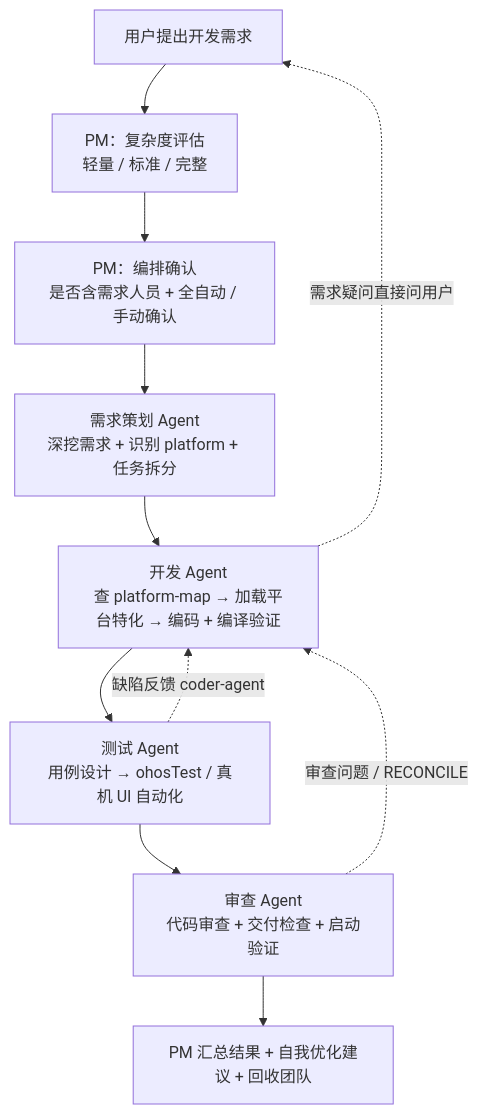
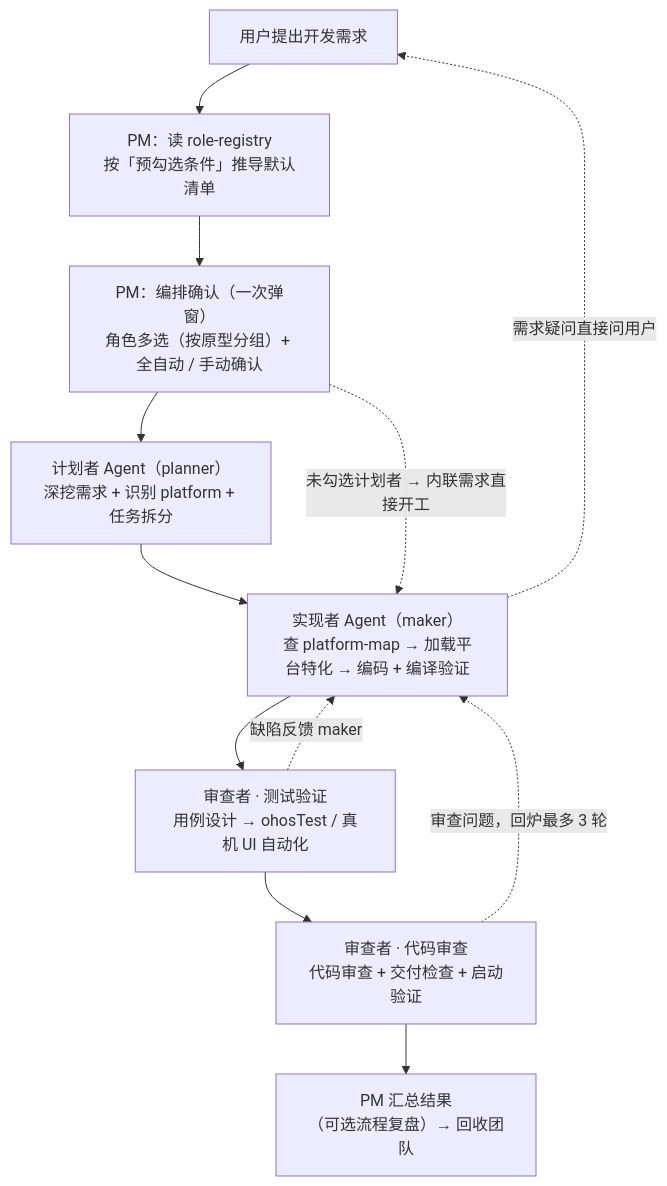
One commit to pen-ll/ai-team changed the fourth of 5 diagrams in README.md. Above: the diagram before and after it, drawn with Mermaid. The commit also changed other lines of this file and 70 other files, not shown here.

````diff
--- a/README.md
+++ b/README.md
@@ -186,14 +215,15 @@
 ```mermaid
 flowchart TD
-    A["用户提出开发需求"] --> B["PM：复杂度评估<br/>轻量 / 标准 / 完整"]
-    B --> C["PM：编排确认<br/>是否含需求人员 + 全自动 / 手动确认"]
-    C --> D["需求策划 Agent<br/>深挖需求 + 识别 platform + 任务拆分"]
-    D --> E["开发 Agent<br/>查 platform-map → 加载平台特化 → 编码 + 编译验证"]
-    E --> F["测试 Agent<br/>用例设计 → ohosTest / 真机 UI 自动化"]
-    F --> G["审查 Agent<br/>代码审查 + 交付检查 + 启动验证"]
-    G --> H["PM 汇总结果 + 自我优化建议 + 回收团队"]
+    A["用户提出开发需求"] --> B["PM：读 role-registry<br/>按「预勾选条件」推导默认清单"]
+    B --> C["PM：编排确认（一次弹窗）<br/>角色多选（按原型分组）+ 全自动 / 手动确认"]
+    C --> D["计划者 Agent（planner）<br/>深挖需求 + 识别 platform + 任务拆分"]
+    D --> E["实现者 Agent（maker）<br/>查 platform-map → 加载平台特化 → 编码 + 编译验证"]
+    E --> F["审查者 · 测试验证<br/>用例设计 → ohosTest / 真机 UI 自动化"]
+    F --> G["审查者 · 代码审查<br/>代码审查 + 交付检查 + 启动验证"]
+    G --> H["PM 汇总结果<br/>（可选流程复盘）→ 回收团队"]
 
     E -. "需求疑问直接问用户" .-> A
-    F -. "缺陷反馈 coder-agent" .-> E
-    G -. "审查问题 / RECONCILE" .-> E
+    F -. "缺陷反馈 maker" .-> E
+    G -. "审查问题，回炉最多 3 轮" .-> E
+    C -. "未勾选计划者 → 内联需求直接开工" .-> E
 ```
````
